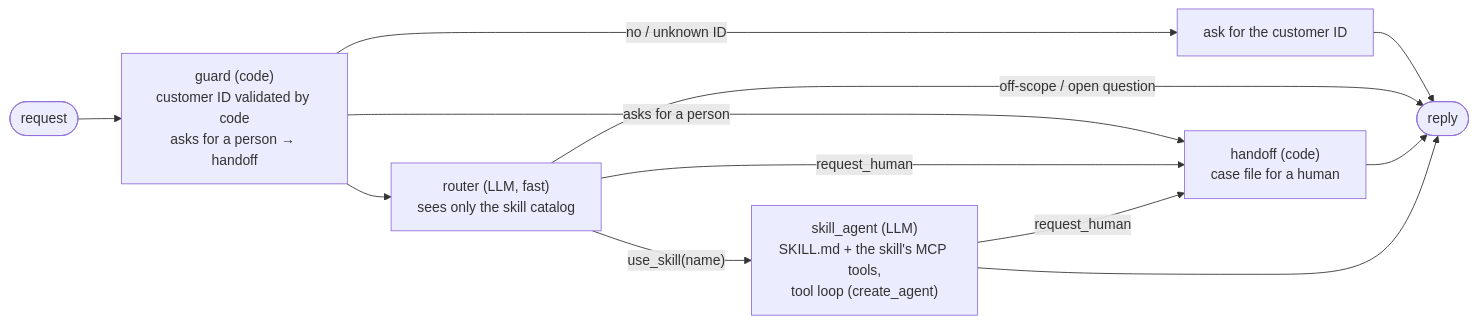
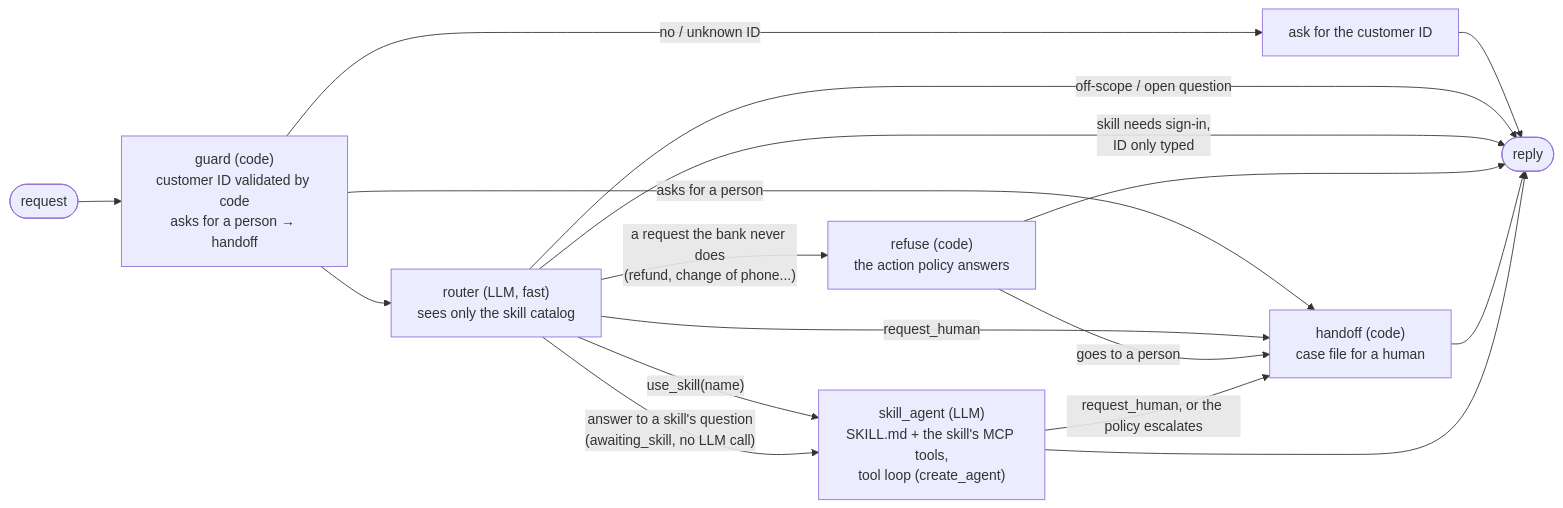
One commit to CristianLazoQuispe/factored-hackathon-2026-team-primos changed the diagram in docs/documentation/technical/architecture.md. Above: the diagram before and after it, drawn with Mermaid. The commit also changed other lines of this file and 14 other files, not shown here.

First line of the commit message:
docs: bring the living docs in line with what the code does today

````diff
--- a/docs/documentation/technical/architecture.md
+++ b/docs/documentation/technical/architecture.md
@@ -20,12 +20,17 @@
 ```mermaid
 flowchart LR
     S([request]) --> G["guard (code)<br/>customer ID validated by code<br/>asks for a person → handoff"]
     G -- "no / unknown ID" --> ASK["ask for the customer ID"] --> E([reply])
     G -- "asks for a person" --> H
     G --> R["router (LLM, fast)<br/>sees only the skill catalog"]
     R -- "off-scope / open question" --> E
     R -- "use_skill(name)" --> K["skill_agent (LLM)<br/>SKILL.md + the skill's MCP tools,<br/>tool loop (create_agent)"]
     R -- "request_human" --> H
-    K -- "request_human" --> H["handoff (code)<br/>case file for a human"] --> E
+    R -- "answer to a skill's question<br/>(awaiting_skill, no LLM call)" --> K
+    R -- "skill needs sign-in,<br/>ID only typed" --> E
+    R -- "a request the bank never does<br/>(refund, change of phone...)" --> RF["refuse (code)<br/>the action policy answers"]
+    RF --> E
+    RF -- "goes to a person" --> H
+    K -- "request_human, or the policy escalates" --> H["handoff (code)<br/>case file for a human"] --> E
     K --> E
 ```
````
